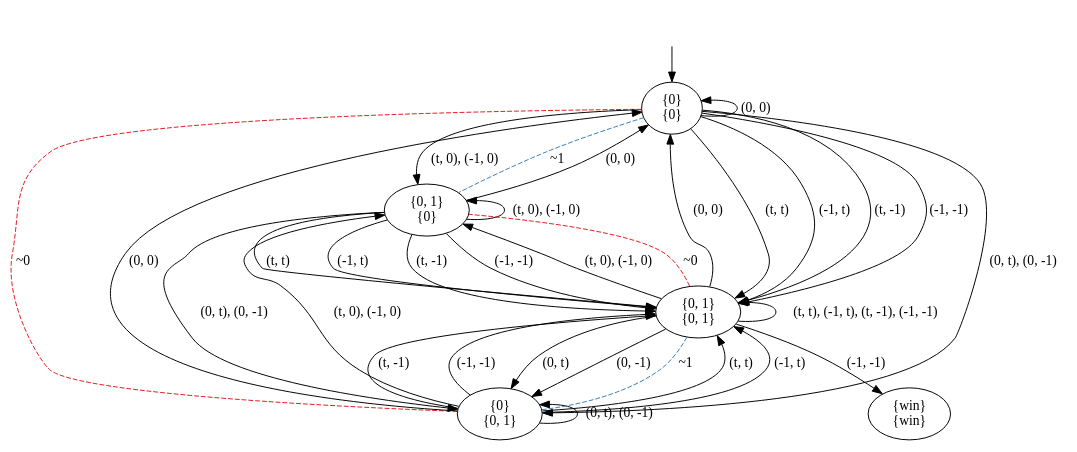
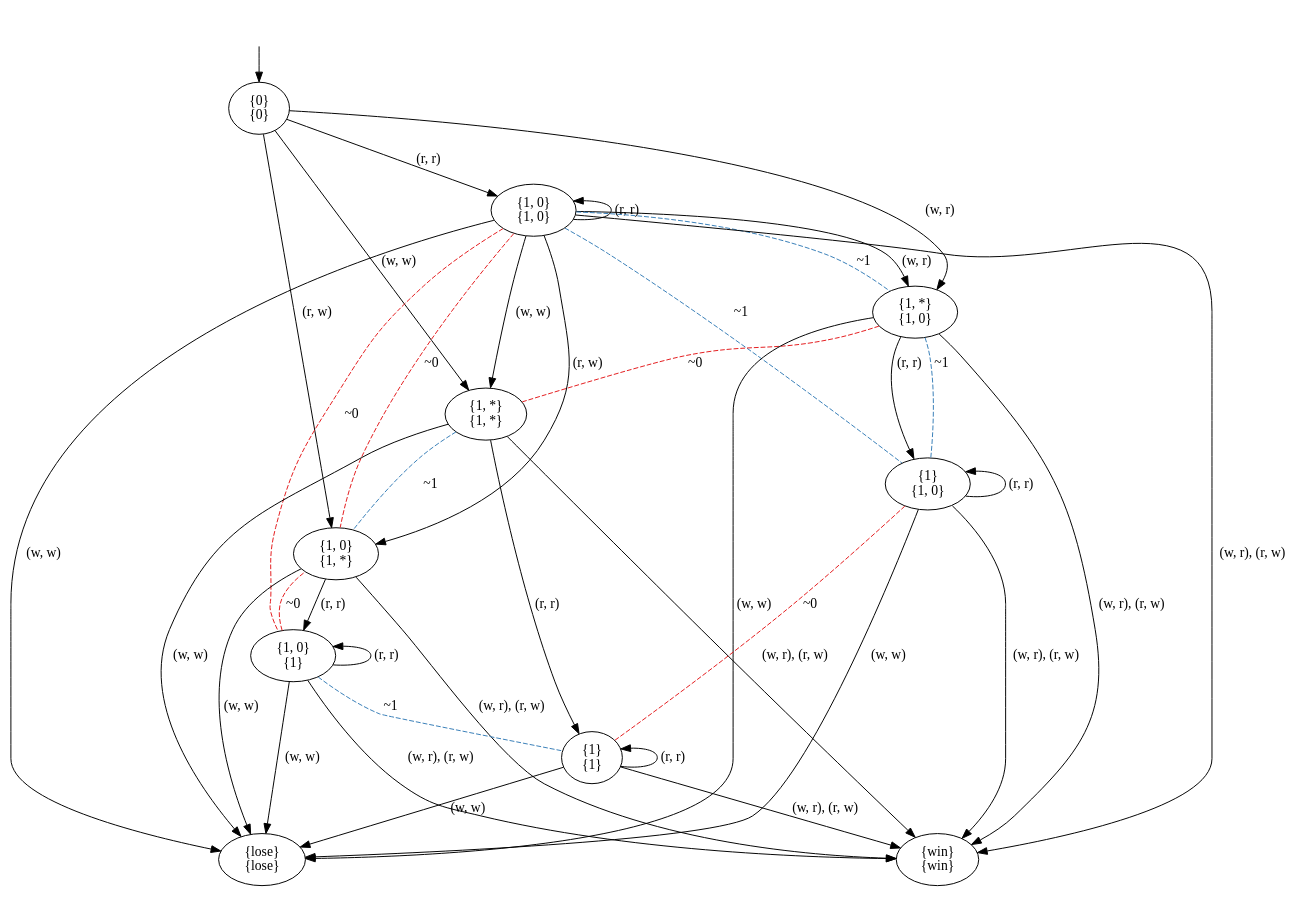
Before and after one commit to olandr/mkbsc: the diagram in pictures/GK.dot, drawn with Graphviz. The commit also changed 4 other files, not shown here.

```diff
--- a/pictures/GK.dot
+++ b/pictures/GK.dot
@@ -1,44 +1,56 @@
 digraph  {
 concentrate=False;
 nodesep=0.5;
 ranksep=0.5;
 splines=True;
-4584738208 [label="{0}\n{0}"];
-4584735800 [label="{0, 1}\n{0}"];
-4584736808 [label="{0}\n{0, 1}"];
-4584736920 [label="{0, 1}\n{0, 1}"];
-4584653992 [label="{win}\n{win}"];
+4531740120 [label="{0}\n{0}"];
+4531740176 [label="{1, 0}\n{1, 0}"];
+4531740568 [label="{1, *}\n{1, 0}"];
+4531740512 [label="{1, 0}\n{1, *}"];
+4531740344 [label="{1, *}\n{1, *}"];
+4531672288 [label="{win}\n{win}"];
+4531672568 [label="{lose}\n{lose}"];
+4531672736 [label="{1}\n{1, 0}"];
+4531673016 [label="{1, 0}\n{1}"];
+4531673296 [label="{1}\n{1}"];
 hidden [label="", shape=none];
-4584738208 -> 4584738208  [action="('0', '0')", dir=back, key="('0', '0')", label="(0, 0)"];
-4584738208 -> 4584736920  [action="('t', 't')", key="('t', 't')", label="(t, t)"];
-4584738208 -> 4584736920  [action="('-1', 't')", key="('-1', 't')", label="(-1, t)"];
-4584738208 -> 4584736920  [action="('t', '-1')", key="('t', '-1')", label="(t, -1)"];
-4584738208 -> 4584736920  [action="('-1', '-1')", key="('-1', '-1')", label="(-1, -1)"];
-4584738208 -> 4584735800  [action="(('t', '0'), ('-1', '0'))", key="(('t', '0'), ('-1', '0'))", label="(t, 0), (-1, 0)"];
-4584738208 -> 4584735800  [arrowhead=none, color=2, colorscheme=set19, constraint=True, key=1, label="~1", style=dashed];
-4584738208 -> 4584736808  [action="(('0', 't'), ('0', '-1'))", key="(('0', 't'), ('0', '-1'))", label="(0, t), (0, -1)"];
-4584738208 -> 4584736808  [arrowhead=none, color=1, colorscheme=set19, constraint=True, key=1, label="~0", style=dashed];
-4584735800 -> 4584738208  [action="('0', '0')", key="('0', '0')", label="(0, 0)"];
-4584735800 -> 4584736920  [action="('t', 't')", key="('t', 't')", label="(t, t)"];
-4584735800 -> 4584736920  [action="('-1', 't')", key="('-1', 't')", label="(-1, t)"];
-4584735800 -> 4584736920  [action="('t', '-1')", key="('t', '-1')", label="(t, -1)"];
-4584735800 -> 4584736920  [action="('-1', '-1')", key="('-1', '-1')", label="(-1, -1)"];
-4584735800 -> 4584735800  [action="(('t', '0'), ('-1', '0'))", dir=back, key="(('t', '0'), ('-1', '0'))", label="(t, 0), (-1, 0)"];
-4584735800 -> 4584736808  [action="(('0', 't'), ('0', '-1'))", key="(('0', 't'), ('0', '-1'))", label="(0, t), (0, -1)"];
-4584736808 -> 4584738208  [action="('0', '0')", key="('0', '0')", label="(0, 0)"];
-4584736808 -> 4584736920  [action="('t', 't')", key="('t', 't')", label="(t, t)"];
-4584736808 -> 4584736920  [action="('-1', 't')", key="('-1', 't')", label="(-1, t)"];
-4584736808 -> 4584736920  [action="('t', '-1')", key="('t', '-1')", label="(t, -1)"];
-4584736808 -> 4584736920  [action="('-1', '-1')", key="('-1', '-1')", label="(-1, -1)"];
-4584736808 -> 4584735800  [action="(('t', '0'), ('-1', '0'))", key="(('t', '0'), ('-1', '0'))", label="(t, 0), (-1, 0)"];
-4584736808 -> 4584736808  [action="(('0', 't'), ('0', '-1'))", dir=back, key="(('0', 't'), ('0', '-1'))", label="(0, t), (0, -1)"];
-4584736920 -> 4584738208  [action="('0', '0')", key="('0', '0')", label="(0, 0)"];
-4584736920 -> 4584736808  [action="('0', 't')", key="('0', 't')", label="(0, t)"];
-4584736920 -> 4584736808  [action="('0', '-1')", key="('0', '-1')", label="(0, -1)"];
-4584736920 -> 4584736808  [arrowhead=none, color=2, colorscheme=set19, constraint=True, key=2, label="~1", style=dashed];
-4584736920 -> 4584653992  [action="('-1', '-1')", key="('-1', '-1')", label="(-1, -1)"];
-4584736920 -> 4584735800  [action="(('t', '0'), ('-1', '0'))", key="(('t', '0'), ('-1', '0'))", label="(t, 0), (-1, 0)"];
-4584736920 -> 4584735800  [arrowhead=none, color=1, colorscheme=set19, constraint=True, key=1, label="~0", style=dashed];
-4584736920 -> 4584736920  [action="(('t', 't'), ('-1', 't'), ('t', '-1'), ('-1', '-1'))", dir=back, key="(('t', 't'), ('-1', 't'), ('t', '-1'), ('-1', '-1'))", label="(t, t), (-1, t), (t, -1), (-1, -1)"];
-hidden -> 4584738208  [key=0];
+4531740120 -> 4531740176  [action="('r', 'r')", key="('r', 'r')", label="(r, r)"];
+4531740120 -> 4531740568  [action="('w', 'r')", key="('w', 'r')", label="(w, r)"];
+4531740120 -> 4531740512  [action="('r', 'w')", key="('r', 'w')", label="(r, w)"];
+4531740120 -> 4531740344  [action="('w', 'w')", key="('w', 'w')", label="(w, w)"];
+4531740176 -> 4531740176  [action="('r', 'r')", dir=back, key="('r', 'r')", label="(r, r)"];
+4531740176 -> 4531740568  [action="('w', 'r')", key="('w', 'r')", label="(w, r)"];
+4531740176 -> 4531740568  [arrowhead=none, color=2, colorscheme=set19, constraint=True, key=1, label="~1", style=dashed];
+4531740176 -> 4531740512  [action="('r', 'w')", key="('r', 'w')", label="(r, w)"];
+4531740176 -> 4531740512  [arrowhead=none, color=1, colorscheme=set19, constraint=True, key=1, label="~0", style=dashed];
+4531740176 -> 4531672568  [action="('w', 'w')", key="('w', 'w')", label="(w, w)"];
+4531740176 -> 4531740344  [action="('w', 'w')", key="('w', 'w')", label="(w, w)"];
+4531740176 -> 4531672288  [action="(('w', 'r'), ('r', 'w'))", key="(('w', 'r'), ('r', 'w'))", label="(w, r), (r, w)"];
+4531740176 -> 4531673016  [arrowhead=none, color=1, colorscheme=set19, constraint=True, key=0, label="~0", style=dashed];
+4531740176 -> 4531672736  [arrowhead=none, color=2, colorscheme=set19, constraint=True, key=0, label="~1", style=dashed];
+4531740568 -> 4531672736  [action="('r', 'r')", key="('r', 'r')", label="(r, r)"];
+4531740568 -> 4531672568  [action="('w', 'w')", key="('w', 'w')", label="(w, w)"];
+4531740568 -> 4531672288  [action="(('w', 'r'), ('r', 'w'))", key="(('w', 'r'), ('r', 'w'))", label="(w, r), (r, w)"];
+4531740568 -> 4531740344  [arrowhead=none, color=1, colorscheme=set19, constraint=True, key=0, label="~0", style=dashed];
+4531740512 -> 4531673016  [action="('r', 'r')", key="('r', 'r')", label="(r, r)"];
+4531740512 -> 4531672568  [action="('w', 'w')", key="('w', 'w')", label="(w, w)"];
+4531740512 -> 4531672288  [action="(('w', 'r'), ('r', 'w'))", key="(('w', 'r'), ('r', 'w'))", label="(w, r), (r, w)"];
+4531740344 -> 4531673296  [action="('r', 'r')", key="('r', 'r')", label="(r, r)"];
+4531740344 -> 4531672568  [action="('w', 'w')", key="('w', 'w')", label="(w, w)"];
+4531740344 -> 4531672288  [action="(('w', 'r'), ('r', 'w'))", key="(('w', 'r'), ('r', 'w'))", label="(w, r), (r, w)"];
+4531740344 -> 4531740512  [arrowhead=none, color=2, colorscheme=set19, constraint=True, key=0, label="~1", style=dashed];
+4531672736 -> 4531672736  [action="('r', 'r')", dir=back, key="('r', 'r')", label="(r, r)"];
+4531672736 -> 4531672568  [action="('w', 'w')", key="('w', 'w')", label="(w, w)"];
+4531672736 -> 4531672288  [action="(('w', 'r'), ('r', 'w'))", key="(('w', 'r'), ('r', 'w'))", label="(w, r), (r, w)"];
+4531672736 -> 4531673296  [arrowhead=none, color=1, colorscheme=set19, constraint=True, key=0, label="~0", style=dashed];
+4531672736 -> 4531740568  [arrowhead=none, color=2, colorscheme=set19, constraint=True, key=0, label="~1", style=dashed];
+4531673016 -> 4531673016  [action="('r', 'r')", dir=back, key="('r', 'r')", label="(r, r)"];
+4531673016 -> 4531672568  [action="('w', 'w')", key="('w', 'w')", label="(w, w)"];
+4531673016 -> 4531672288  [action="(('w', 'r'), ('r', 'w'))", key="(('w', 'r'), ('r', 'w'))", label="(w, r), (r, w)"];
+4531673016 -> 4531740512  [arrowhead=none, color=1, colorscheme=set19, constraint=True, key=0, label="~0", style=dashed];
+4531673016 -> 4531673296  [arrowhead=none, color=2, colorscheme=set19, constraint=True, key=0, label="~1", style=dashed];
+4531673296 -> 4531673296  [action="('r', 'r')", dir=back, key="('r', 'r')", label="(r, r)"];
+4531673296 -> 4531672568  [action="('w', 'w')", key="('w', 'w')", label="(w, w)"];
+4531673296 -> 4531672288  [action="(('w', 'r'), ('r', 'w'))", key="(('w', 'r'), ('r', 'w'))", label="(w, r), (r, w)"];
+hidden -> 4531740120  [key=0];
 }
```
